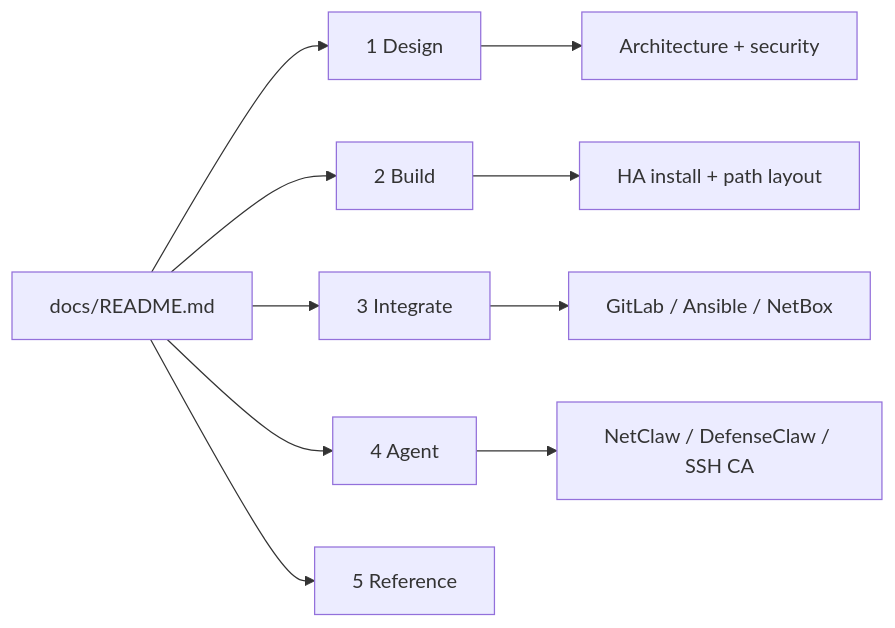
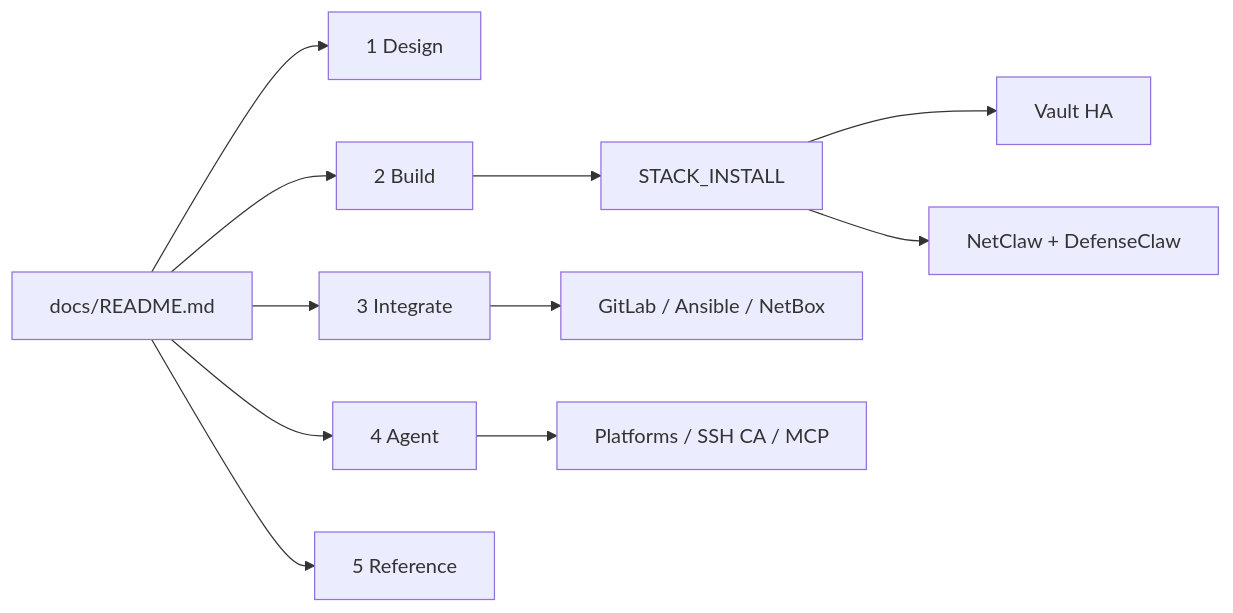
Before and after one commit to j-munroe/NetClaw-Production-Install-Guide: the first of 2 diagrams in README.md, drawn with Mermaid. The commit also changed other lines of this file and 15 other files, not shown here.

First line of the commit message:
Add complete NetClaw production stack install runbook

````diff
--- a/README.md
+++ b/README.md
@@ -18,12 +19,13 @@
 ```mermaid
 flowchart LR
   Hub[docs/README.md] --> Design[1 Design]
   Hub --> Build[2 Build]
   Hub --> Integ[3 Integrate]
   Hub --> Agent[4 Agent]
   Hub --> Ref[5 Reference]
-  Design --> Arch[Architecture + security]
-  Build --> Install[HA install + path layout]
+  Build --> Stack[STACK_INSTALL]
+  Stack --> Vault[Vault HA]
+  Stack --> NC[NetClaw + DefenseClaw]
   Integ --> GL[GitLab / Ansible / NetBox]
-  Agent --> NC[NetClaw / DefenseClaw / SSH CA]
+  Agent --> Plat[Platforms / SSH CA / MCP]
 ```
````
